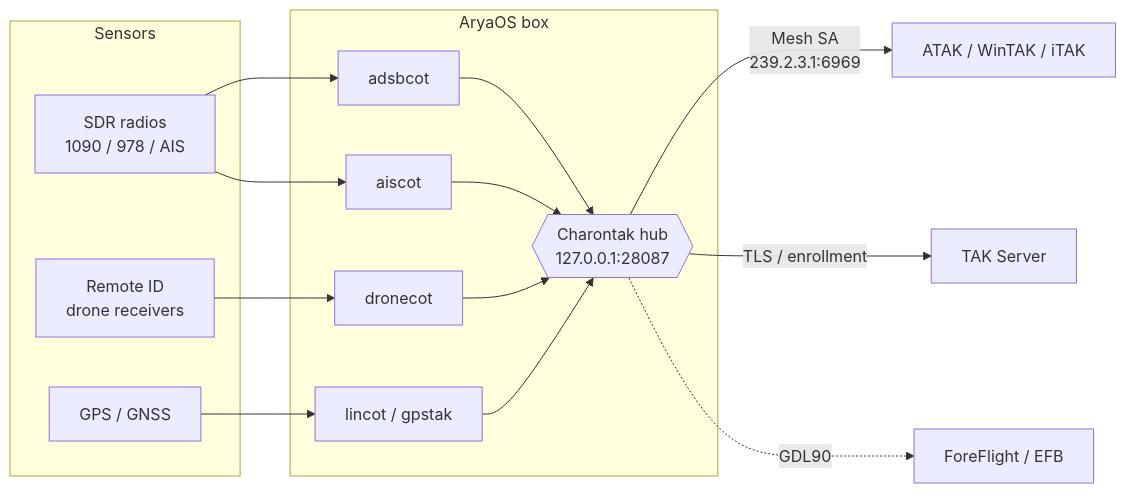
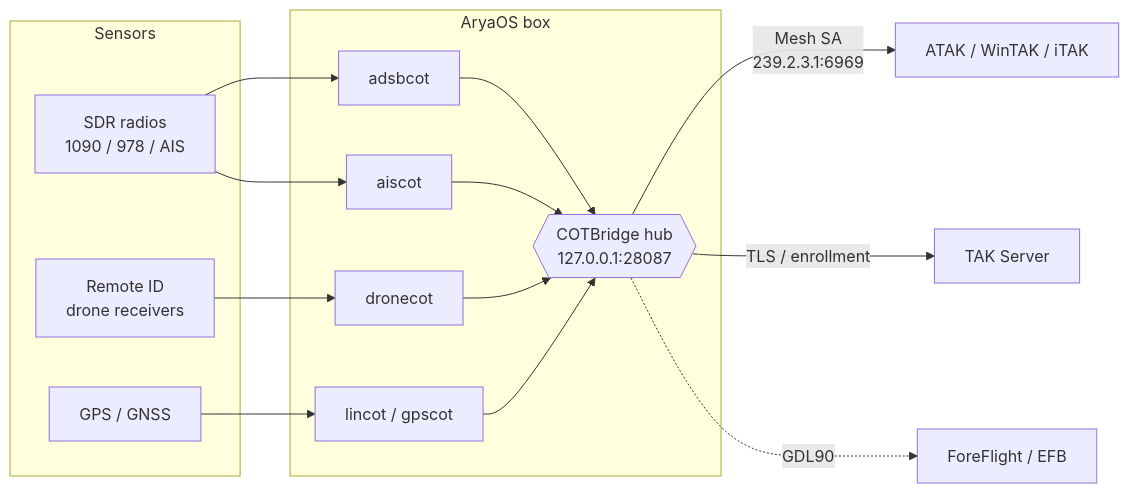
One commit to snstac/aryaos changed the diagram in docs/get-started/overview.md. Above: the diagram before and after it, drawn with Mermaid. The commit also changed other lines of this file and 180 other files, not shown here.

````diff
--- a/docs/get-started/overview.md
+++ b/docs/get-started/overview.md
@@ -43,25 +43,25 @@
 ```mermaid
 flowchart LR
     subgraph Sensors
         SDR[SDR radios<br/>1090 / 978 / AIS]
         RID[Remote ID<br/>drone receivers]
         GPS[GPS / GNSS]
     end
     subgraph AryaOS box
         ADSB[adsbcot]
         AIS[aiscot]
         DRONE[dronecot]
-        LIN[lincot / gpstak]
-        HUB{{Charontak hub<br/>127.0.0.1:28087}}
+        LIN[lincot / gpscot]
+        HUB{{COTBridge hub<br/>127.0.0.1:28087}}
         ADSB --> HUB
         AIS --> HUB
         DRONE --> HUB
         LIN --> HUB
     end
     SDR --> ADSB & AIS
     RID --> DRONE
     GPS --> LIN
     HUB -->|Mesh SA<br/>239.2.3.1:6969| EUD[ATAK / WinTAK / iTAK]
     HUB -->|TLS / enrollment| TAK[TAK Server]
     HUB -.->|GDL90| EFB[ForeFlight / EFB]
 ```
````
